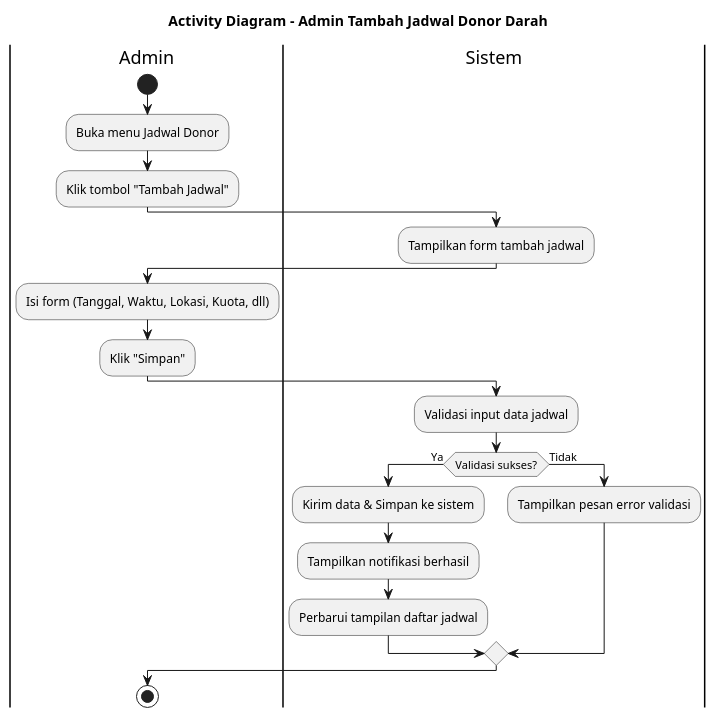
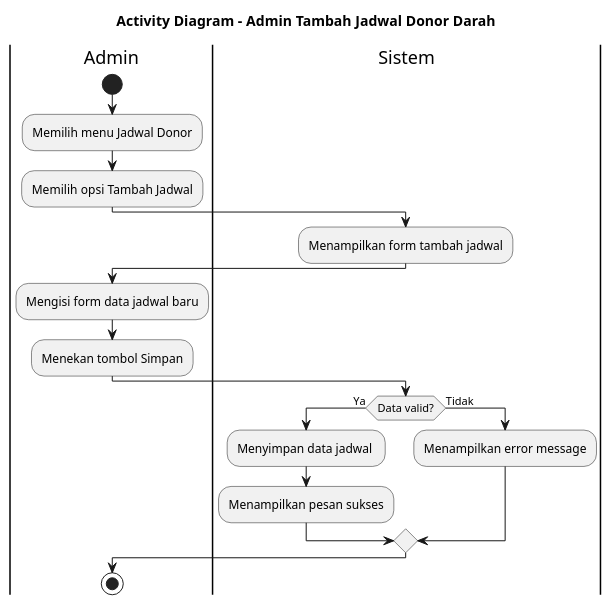
Before and after one commit to jaddu17/capstonepmikp: the diagram in diagram/adminkelolajadwal/activitydiagram_admin_tambahjadwal.puml, drawn with PlantUML. The commit also changed 11 other files, not shown here.

```diff
--- a/diagram/adminkelolajadwal/activitydiagram_admin_tambahjadwal.puml
+++ b/diagram/adminkelolajadwal/activitydiagram_admin_tambahjadwal.puml
@@ -1,29 +1,27 @@
 @startuml ACTIVITY_DIAGRAM_ADMIN_TAMBAHJADWAL
 title Activity Diagram - Admin Tambah Jadwal Donor Darah
 
 |Admin|
 start
-:Buka menu Jadwal Donor;
-:Klik tombol "Tambah Jadwal";
+:Memilih menu Jadwal Donor;
+:Memilih opsi Tambah Jadwal;
 
 |Sistem|
-:Tampilkan form tambah jadwal;
+:Menampilkan form tambah jadwal;
 
 |Admin|
-:Isi form (Tanggal, Waktu, Lokasi, Kuota, dll);
-:Klik "Simpan";
+:Mengisi form data jadwal baru;
+:Menekan tombol Simpan;
 
 |Sistem|
-:Validasi input data jadwal;
-if (Validasi sukses?) then (Ya)
-  :Kirim data & Simpan ke sistem;
-  :Tampilkan notifikasi berhasil;
-  :Perbarui tampilan daftar jadwal;
+if (Data valid?) then (Ya)
+  :Menyimpan data jadwal ;
+  :Menampilkan pesan sukses;
 else (Tidak)
-  :Tampilkan pesan error validasi;
+  :Menampilkan error message;
 endif
 
 |Admin|
 stop
 
 @enduml
```
